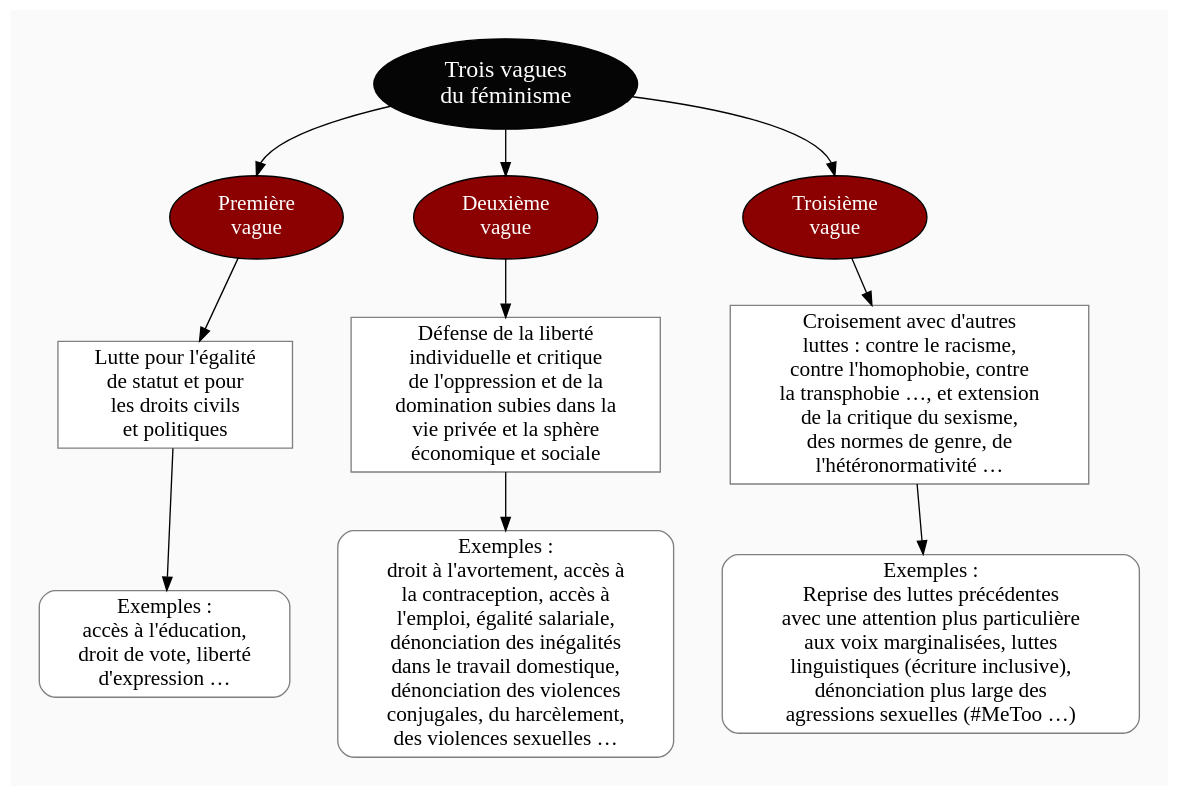
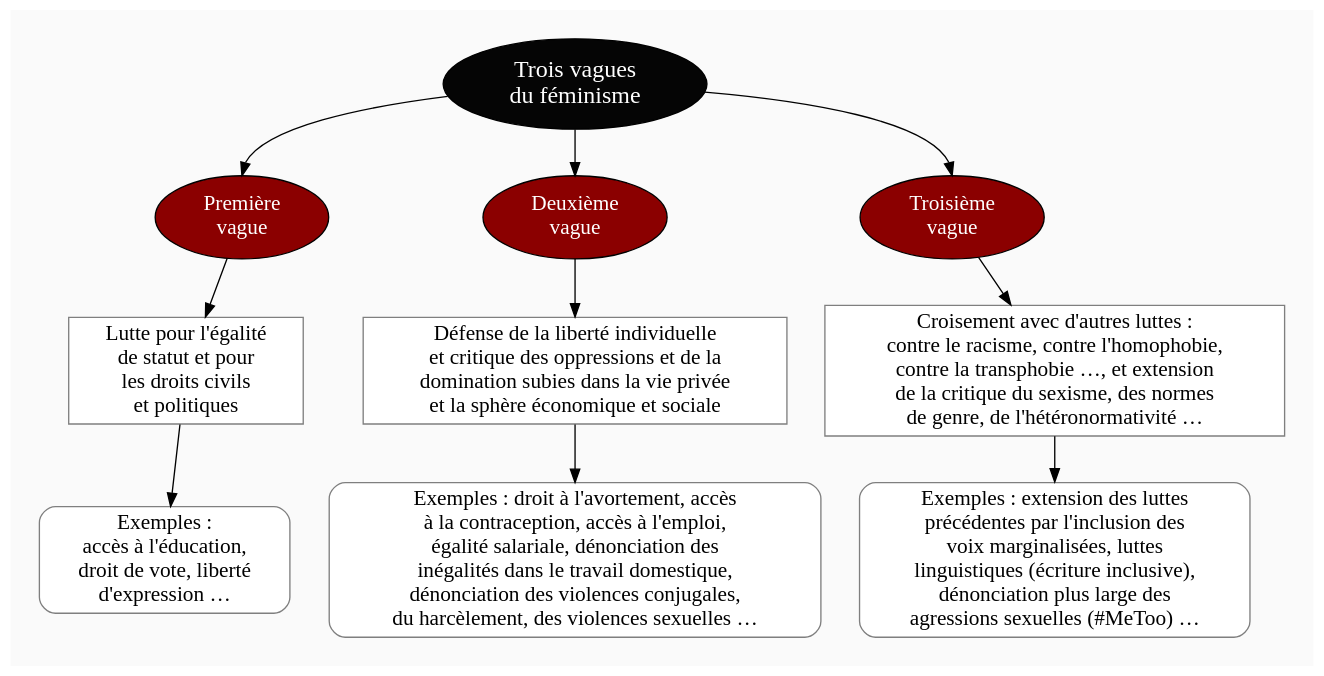
One commit to eyssette/graphviz-examples changed the diagram in diagram/trois-vagues-feminisme.dot. Above: the diagram before and after it, drawn with Graphviz. The commit also changed 1 other file, not shown here.

```diff
--- a/diagram/trois-vagues-feminisme.dot
+++ b/diagram/trois-vagues-feminisme.dot
@@ -1,109 +1,104 @@
 digraph G {
 // Template : diagram
 // Usage : 
 //rankdir=LR
 splines=true
 //splines=curved
 bgcolor=grey98
 pad=0.3
 style=filled
 edge[minlen=4]
 node[style=filled, fontcolor=white]
 ranksep=0.1
-nodesep=0.5
+nodesep=0.4
 
 // NIVEAU 1
 node[fillcolor=grey2, fontsize=18]
 a1[label="Trois vagues
 du féminisme"]
 
 // NIVEAU 2
 node[fillcolor=red4, fontsize=16]
 a1->{
 b1[label="Première
 vague"]    
 b2[label="Deuxième
 vague"]
 b3[label="Troisième
 vague"]
 }[headport=n]
 
+{rank=same;b1->b2[style=invis]}
+{rank=same;b2->b3[style=invis, minlen=5]}
+
 node[fontcolor=black]
 // NIVEAU 3 (sans intermédiaire)
 node [shape=box, fillcolor=white, color=grey50]
 // c1[label=""]
 b1->c1
 c1[label="Lutte pour l'égalité
 de statut et pour
 les droits civils
 et politiques"]
 b2->c2
-c2[label="Défense de la liberté
-individuelle et critique
-de l'oppression et de la
-domination subies dans la
-vie privée et la sphère
-économique et sociale"]
+c2[label="Défense de la liberté individuelle
+et critique des oppressions et de la
+domination subies dans la vie privée
+et la sphère économique et sociale"]
 b3->c3
-c3[label="Croisement avec d'autres
-luttes : contre le racisme,
-contre l'homophobie, contre
-la transphobie …, et extension
-de la critique du sexisme,
-des normes de genre, de
-l'hétéronormativité …"]
+c3[label="Croisement avec d'autres luttes :
+contre le racisme, contre l'homophobie,
+contre la transphobie …, et extension
+de la critique du sexisme, des normes
+de genre, de l'hétéronormativité …"]
 
 
 // INTERMÉDIAIRE AVANT NIVEAU 3
 node[fillcolor=grey78, shape=oval]
 // [arrowhead=none]
 // bc1[label=""]
 
 // NIVEAU 3 (avec intermédiaire)
 node[fillcolor=white, shape=box, color=grey50]
 // c1[label=""]
 
 // NIVEAU 4
 node[style="filled,rounded", fillcolor=white, shape=box, color=grey50]
 // d1[label=""]
 
 c1->d1
 d1[label="Exemples :
 accès à l'éducation,
 droit de vote, liberté
 d'expression …"]
 
 c2->d2
-d2[label="Exemples :
-droit à l'avortement, accès à
-la contraception, accès à
-l'emploi, égalité salariale,
-dénonciation des inégalités
-dans le travail domestique,
-dénonciation des violences
-conjugales, du harcèlement,
-des violences sexuelles …"]
+d2[label="Exemples : droit à l'avortement, accès
+à la contraception, accès à l'emploi,
+égalité salariale, dénonciation des
+inégalités dans le travail domestique,
+dénonciation des violences conjugales,
+du harcèlement, des violences sexuelles …"]
 
 c3->d3
-d3[label="Exemples : 
-Reprise des luttes précédentes
-avec une attention plus particulière
-aux voix marginalisées, luttes
+d3[label="Exemples : extension des luttes
+précédentes par l'inclusion des
+voix marginalisées, luttes
 linguistiques (écriture inclusive),
 dénonciation plus large des
-agressions sexuelles (#MeToo …)"]
+agressions sexuelles (#MeToo) …"]
 
 // ÉTIQUETTES EN ROUGE
 node[shape=plaintext, fontcolor=firebrick3, fillcolor=grey98]
 // e1[label=< <B>= Titre</B><BR /><BR />Contenu<BR /> >]
 // e1[label=""]
 // ->e1[minlen=1, style=invis]
 
 // REMARQUES EN BLEU
 node[color=blue, shape=box, margin=0.07, fontcolor=black, fontsize=12, style="dashed", penwidth=0.6]
 edge[color=blue, arrowhead="none", xlabel="", style="dashed", penwidth=0.6]
 // r1[label=""]
 // {rank=same;->r1}
 // {rank=same;r1->[dir=back]}
 
 }
```
